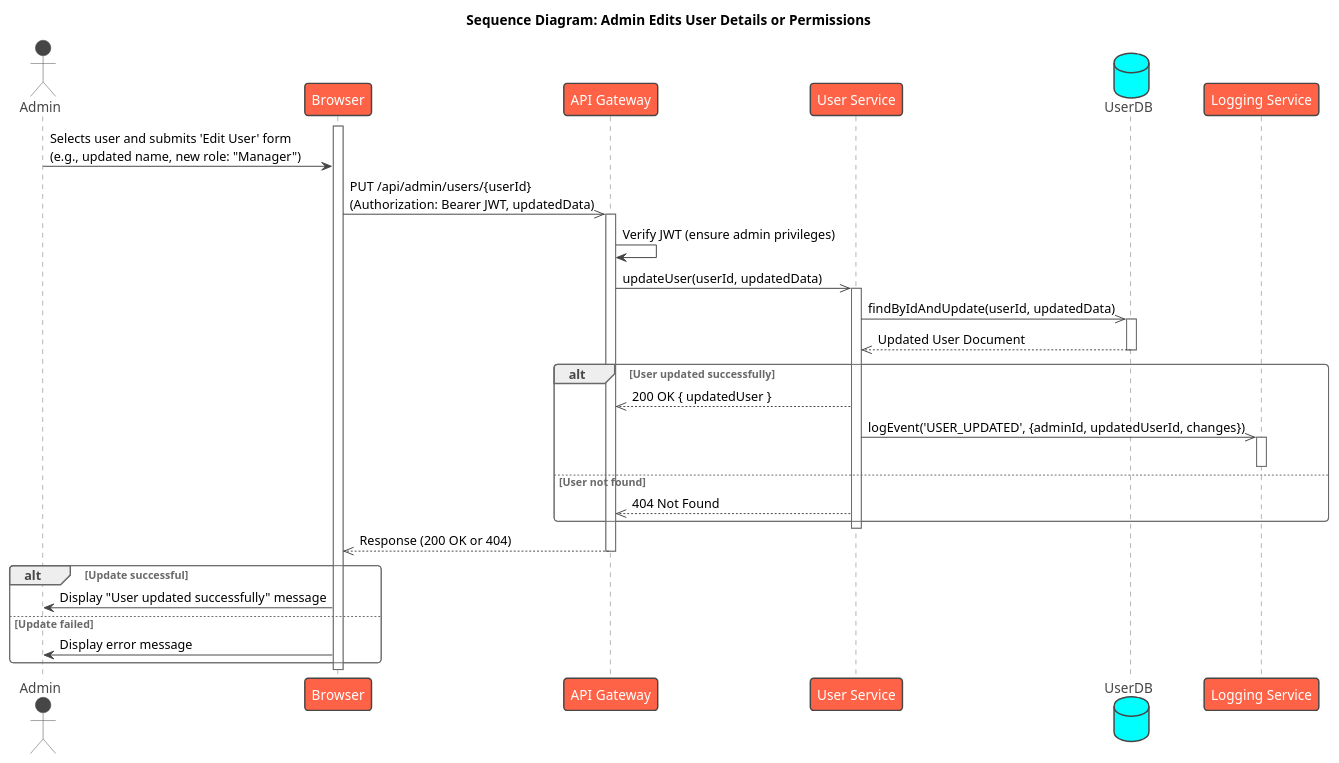
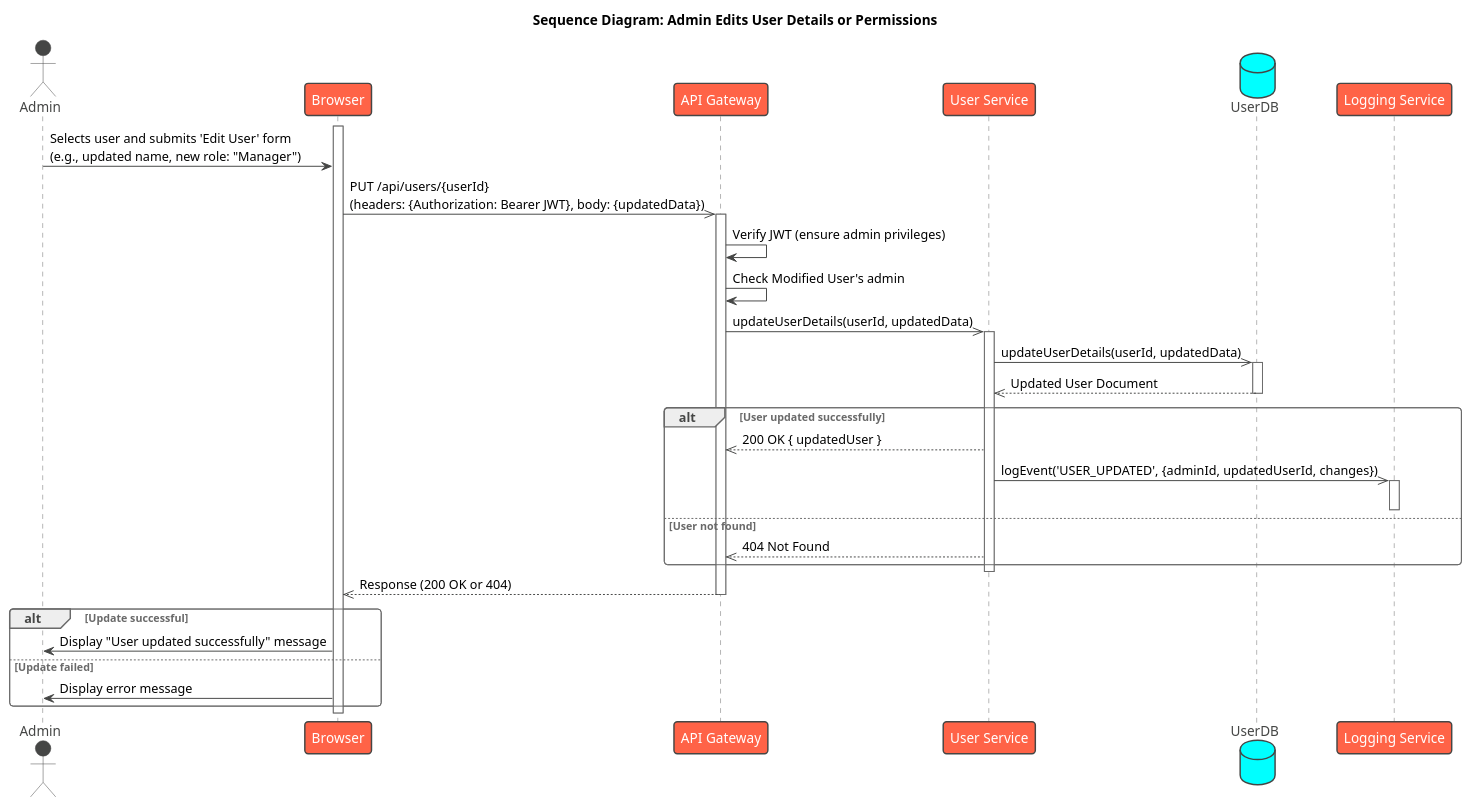
One commit to Arado3333/PageByPage_Israel_Arad changed the diagram in UML/Sequences/Admin/AdminEditUserPerm.puml. Above: the diagram before and after it, drawn with PlantUML. The commit also changed 13 other files, not shown here.

```diff
--- a/UML/Sequences/Admin/AdminEditUserPerm.puml
+++ b/UML/Sequences/Admin/AdminEditUserPerm.puml
@@ -1,52 +1,53 @@
 @startuml
 !theme vibrant
 
 title Sequence Diagram: Admin Edits User Details or Permissions
 
 actor Admin
 participant Browser
 participant "API Gateway" as Gateway
 participant "User Service" as UserService
 database "UserDB"
 participant "Logging Service" as LoggingService
 
 activate Browser
 Admin -> Browser : Selects user and submits 'Edit User' form\n(e.g., updated name, new role: "Manager")
 
-Browser ->> Gateway : PUT /api/admin/users/{userId}\n(Authorization: Bearer JWT, updatedData)
+Browser ->> Gateway : PUT /api/users/{userId}\n(headers: {Authorization: Bearer JWT}, body: {updatedData})
 activate Gateway
 
 Gateway -> Gateway : Verify JWT (ensure admin privileges)
-Gateway ->> UserService : updateUser(userId, updatedData)
+Gateway -> Gateway : Check Modified User's admin 
+Gateway ->> UserService : updateUserDetails(userId, updatedData)
 activate UserService
 
-UserService ->> UserDB : findByIdAndUpdate(userId, updatedData)
+UserService ->> UserDB : updateUserDetails(userId, updatedData)
 activate UserDB
 UserDB -->> UserService : Updated User Document
 deactivate UserDB
 
 alt User updated successfully
     UserService -->> Gateway : 200 OK { updatedUser }
     
     ' Asynchronous Logging
     
     UserService ->> LoggingService : logEvent('USER_UPDATED', {adminId, updatedUserId, changes})
     activate LoggingService
     deactivate LoggingService
 
 else User not found
     UserService -->> Gateway : 404 Not Found
 end
 
 deactivate UserService
 Gateway -->> Browser : Response (200 OK or 404)
 deactivate Gateway
 
 alt Update successful
     Browser -> Admin : Display "User updated successfully" message
 else Update failed
     Browser -> Admin : Display error message
 end
 deactivate Browser
 
 @enduml
```
